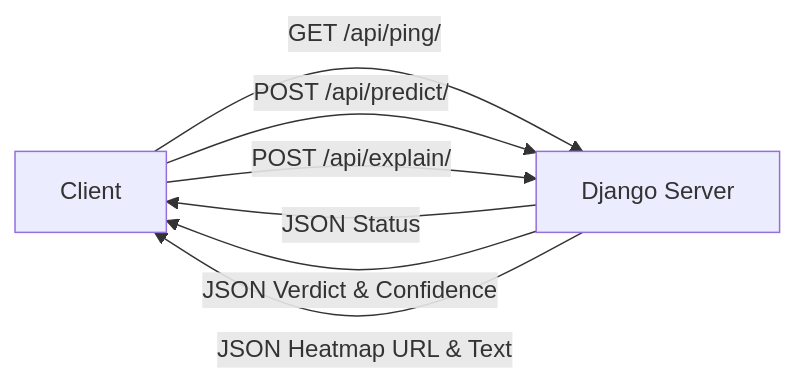
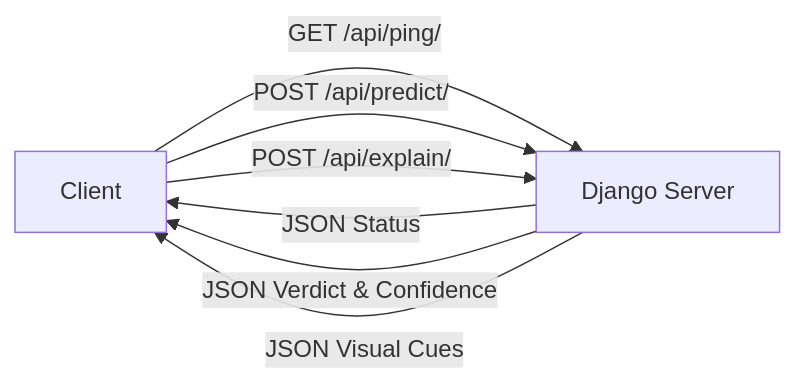
One commit to arththakkar1/signal-scope-web-app changed the diagram in doc/reference/api-endpoints.md. Above: the diagram before and after it, drawn with Mermaid. The commit also changed other lines of this file and 2 other files, not shown here.

Commit message:
docs: fix inaccuracies in tech stack, api endpoints, and evaluation guide

````diff
--- a/doc/reference/api-endpoints.md
+++ b/doc/reference/api-endpoints.md
@@ -7,10 +7,10 @@
 ```mermaid
 flowchart LR
     Client -->|GET /api/ping/| API[Django Server]
     Client -->|POST /api/predict/| API
     Client -->|POST /api/explain/| API
 
     API -->|JSON Status| Client
     API -->|JSON Verdict & Confidence| Client
-    API -->|JSON Heatmap URL & Text| Client
+    API -->|JSON Visual Cues| Client
 ```
````
